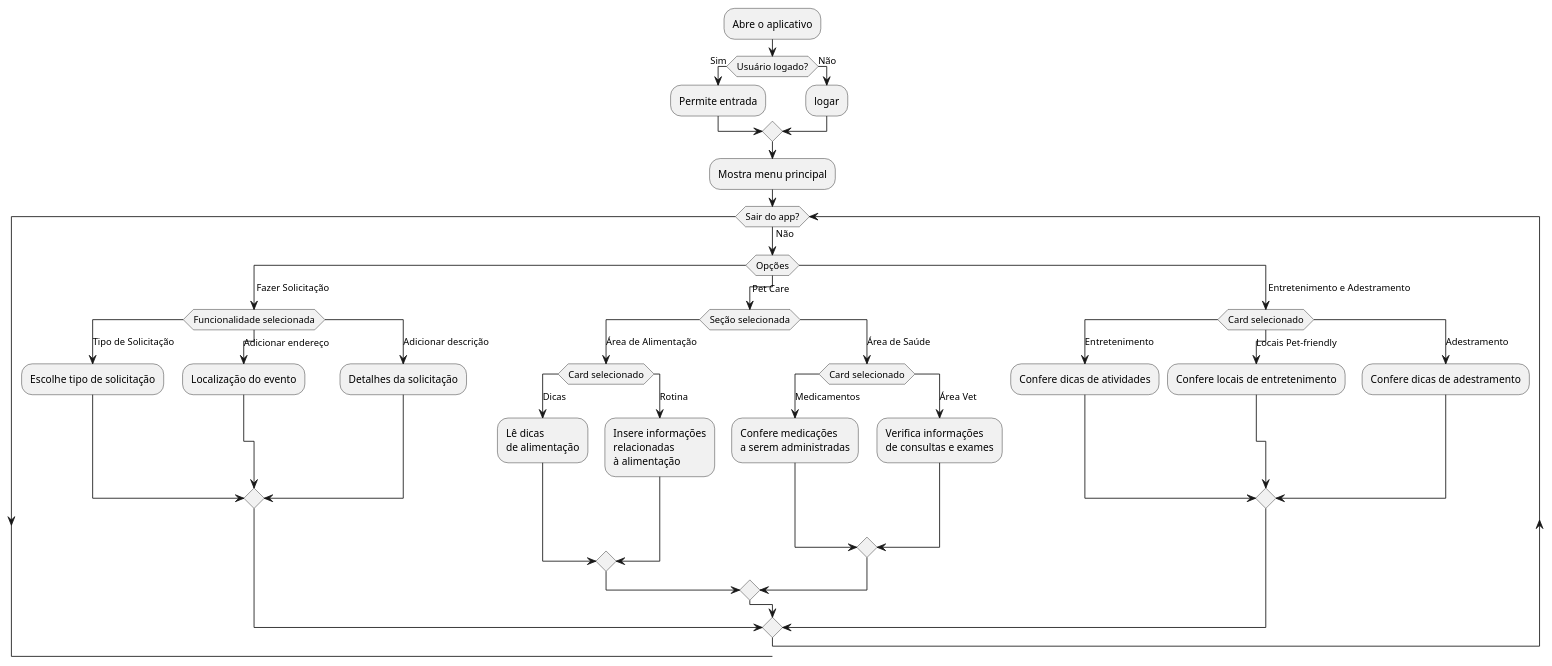
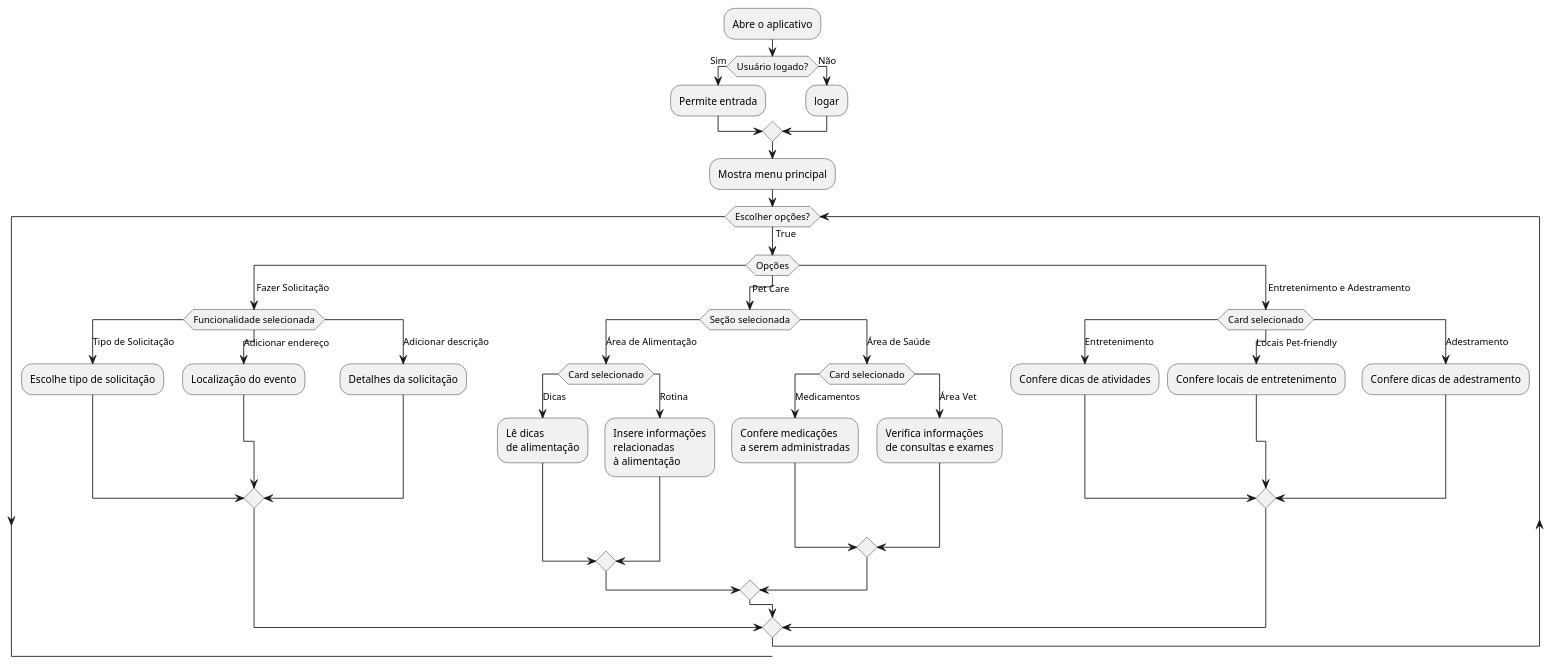
Before and after one commit to RenataArdito/Alerta-ADS: the diagram in ActivityDiagram.md, drawn with PlantUML.

````diff
--- a/ActivityDiagram.md
+++ b/ActivityDiagram.md
@@ -1,58 +1,58 @@
 ```plantuml
 @startuml
 
 :Abre o aplicativo;
 
 if (Usuário logado?) then (Sim)
     :Permite entrada;
 else (Não)
     :logar;
 endif
 :Mostra menu principal;
 
-while (Sair do app?) is (Não)
+while (Escolher opções?) is (True)
 
 switch (Opções)
 case ( Fazer Solicitação )
     switch (Funcionalidade selecionada)
     case (Tipo de Solicitação)
         :Escolhe tipo de solicitação;
     case (Adicionar endereço)
         :Localização do evento;
     case (Adicionar descrição)
         :Detalhes da solicitação;
     endswitch
 case ( Pet Care ) 
     switch (Seção selecionada)
     case (Área de Alimentação)
         switch (Card selecionado)
         case (Dicas)
             :Lê dicas\nde alimentação;
         case (Rotina)
             :Insere informações\nrelacionadas\nà alimentação;
         endswitch
     case (Área de Saúde)
         switch (Card selecionado)
         case (Medicamentos)
             :Confere medicações\na serem administradas;
         case (Área Vet)
             :Verifica informações\nde consultas e exames;
         endswitch
     endswitch
 case ( Entretenimento e Adestramento )
     switch (Card selecionado)
     case (Entretenimento)
         :Confere dicas de atividades;
     case (Locais Pet-friendly)
         :Confere locais de entretenimento;
     case (Adestramento)
         :Confere dicas de adestramento;
     endswitch
 endswitch
 
 
 
     
 
 @enduml
 ```
````
